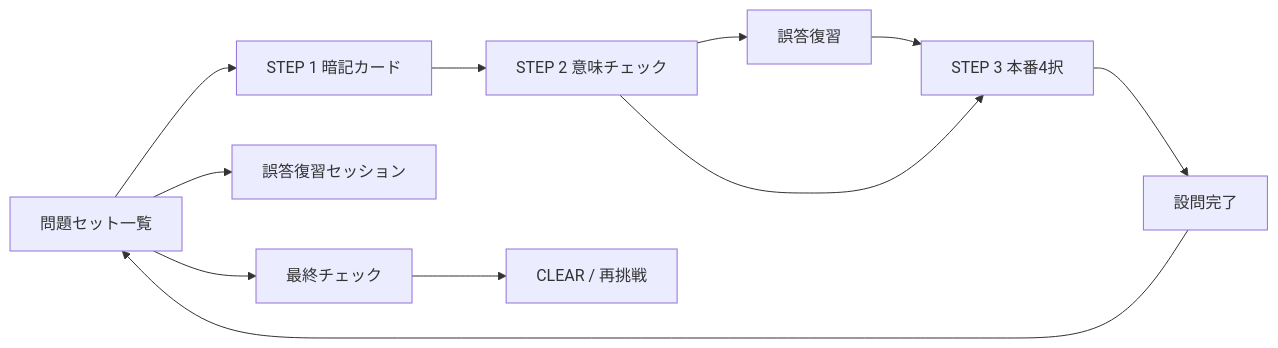
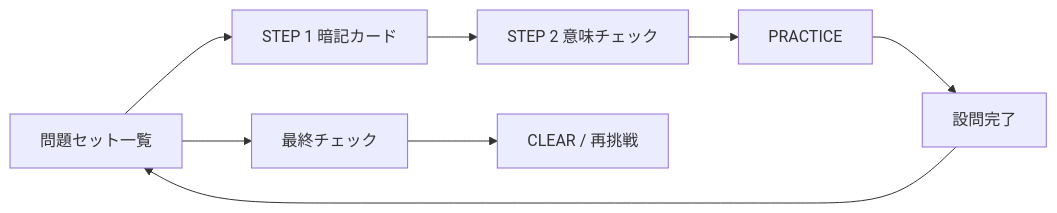
Before and after one commit to shtomi-tech/eiken-q1-practice: the diagram in docs/STATE_TRANSITIONS.md, drawn with Mermaid. The commit also changed other lines of this file and 7 other files, not shown here.

````diff
--- a/docs/STATE_TRANSITIONS.md
+++ b/docs/STATE_TRANSITIONS.md
@@ -22,13 +22,10 @@
 ```mermaid
 flowchart LR
   HOME[問題セット一覧] --> FLASH[STEP 1 暗記カード]
   FLASH --> MEANING[STEP 2 意味チェック]
-  MEANING --> WRONG[誤答復習]
-  WRONG --> PRACTICE[STEP 3 本番4択]
   MEANING --> PRACTICE
   PRACTICE --> DONE[設問完了]
   DONE --> HOME
-  HOME --> REVIEW[誤答復習セッション]
   HOME --> FINAL[最終チェック]
   FINAL --> CLEAR[CLEAR / 再挑戦]
 ```
````
